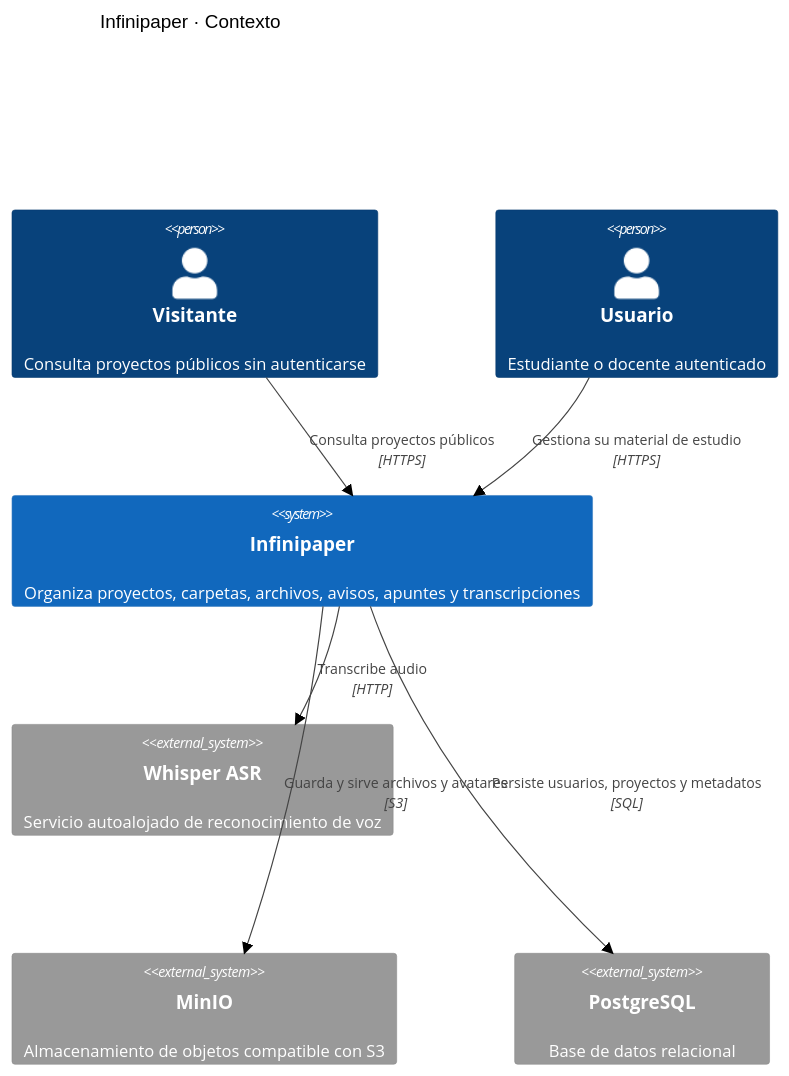
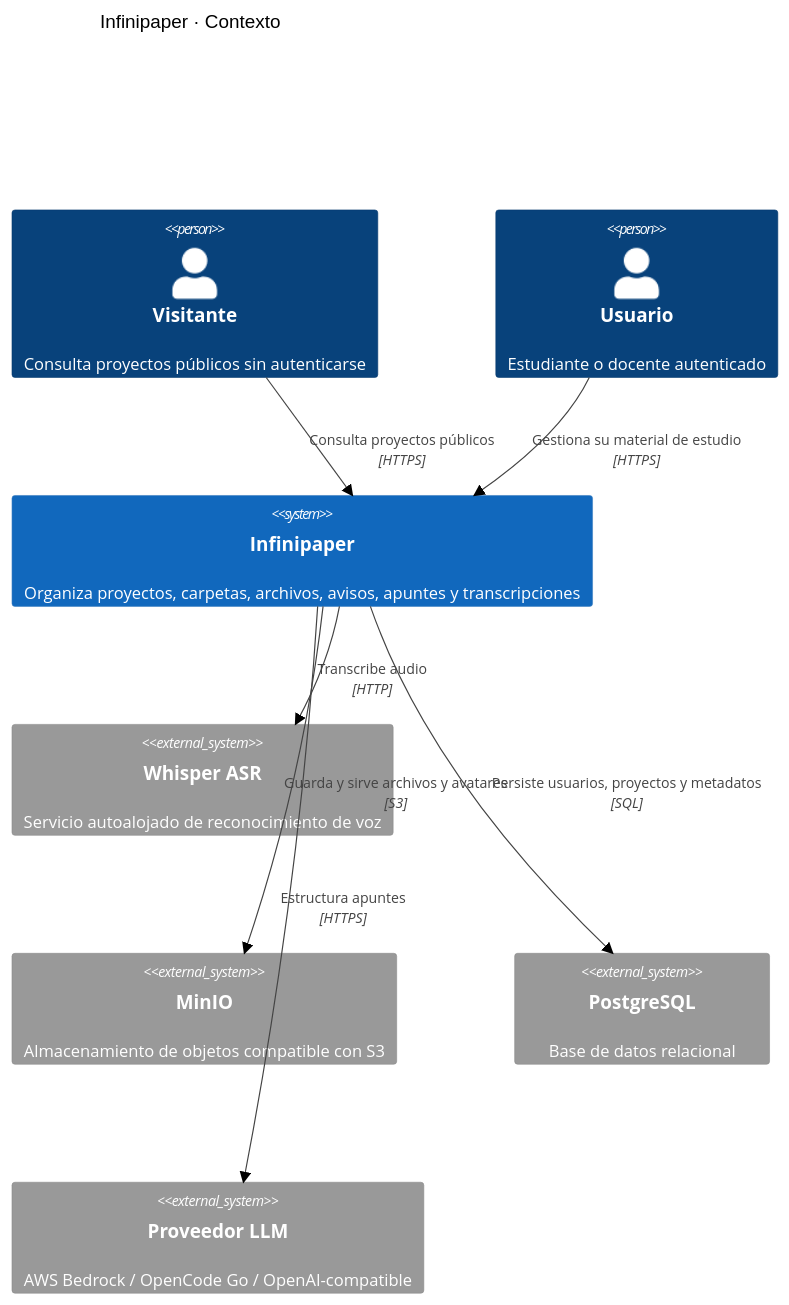
The first of 4 diagrams in docs/sdd/diagramas/arquitectura-c4.md (CesarKnight/infinipaper-proy), drawn with Mermaid (forest theme) before and after one commit. The commit also changed other lines of this file and 74 other files, not shown here.

````diff
--- a/docs/sdd/diagramas/arquitectura-c4.md
+++ b/docs/sdd/diagramas/arquitectura-c4.md
@@ -7,21 +7,23 @@
 ```mermaid
 C4Context
   title Infinipaper · Contexto
 
   Person(visitante, "Visitante", "Consulta proyectos públicos sin autenticarse")
   Person(usuario, "Usuario", "Estudiante o docente autenticado")
 
   System(infinipaper, "Infinipaper", "Organiza proyectos, carpetas, archivos, avisos, apuntes y transcripciones")
 
   System_Ext(whisper, "Whisper ASR", "Servicio autoalojado de reconocimiento de voz")
   System_Ext(minio, "MinIO", "Almacenamiento de objetos compatible con S3")
   System_Ext(postgres, "PostgreSQL", "Base de datos relacional")
+  System_Ext(llm, "Proveedor LLM", "AWS Bedrock / OpenCode Go / OpenAI-compatible")
 
   Rel(visitante, infinipaper, "Consulta proyectos públicos", "HTTPS")
   Rel(usuario, infinipaper, "Gestiona su material de estudio", "HTTPS")
   Rel(infinipaper, postgres, "Persiste usuarios, proyectos y metadatos", "SQL")
   Rel(infinipaper, minio, "Guarda y sirve archivos y avatares", "S3")
   Rel(infinipaper, whisper, "Transcribe audio", "HTTP")
+  Rel(infinipaper, llm, "Estructura apuntes", "HTTPS")
 
   UpdateLayoutConfig($c4ShapeInRow="3", $c4BoundaryInRow="2")
 ```
````
